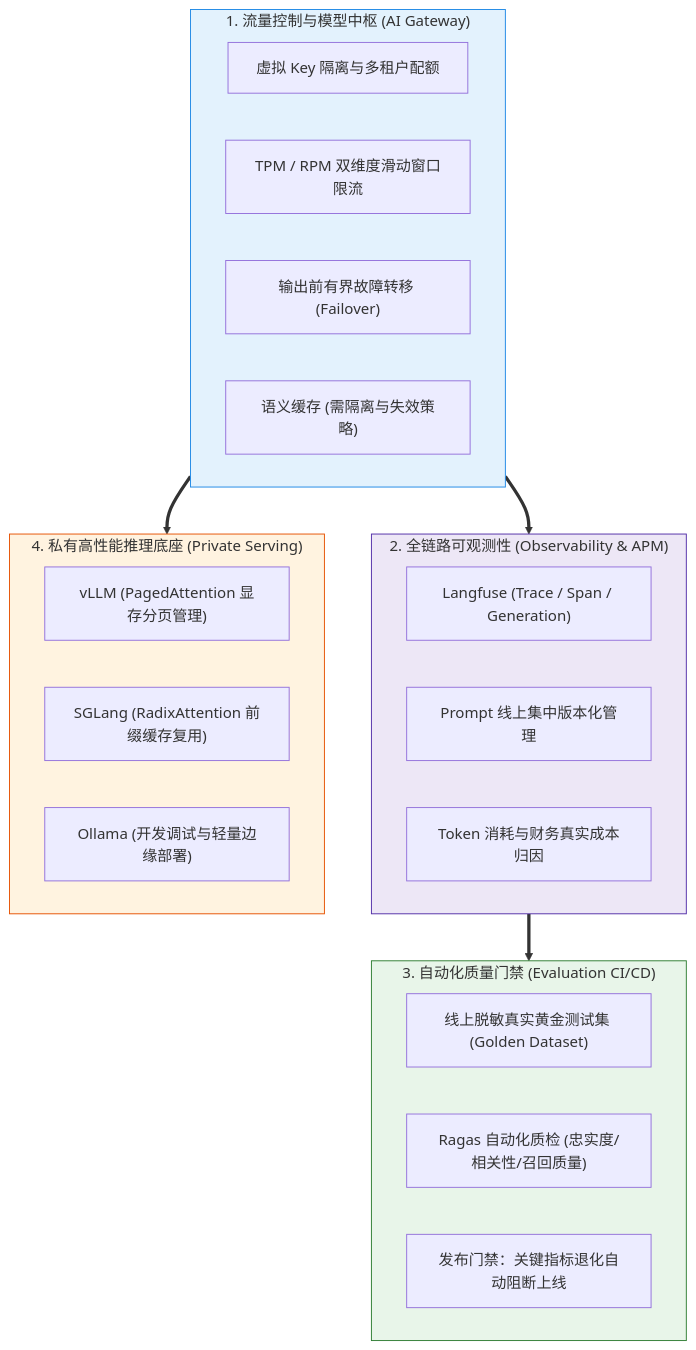
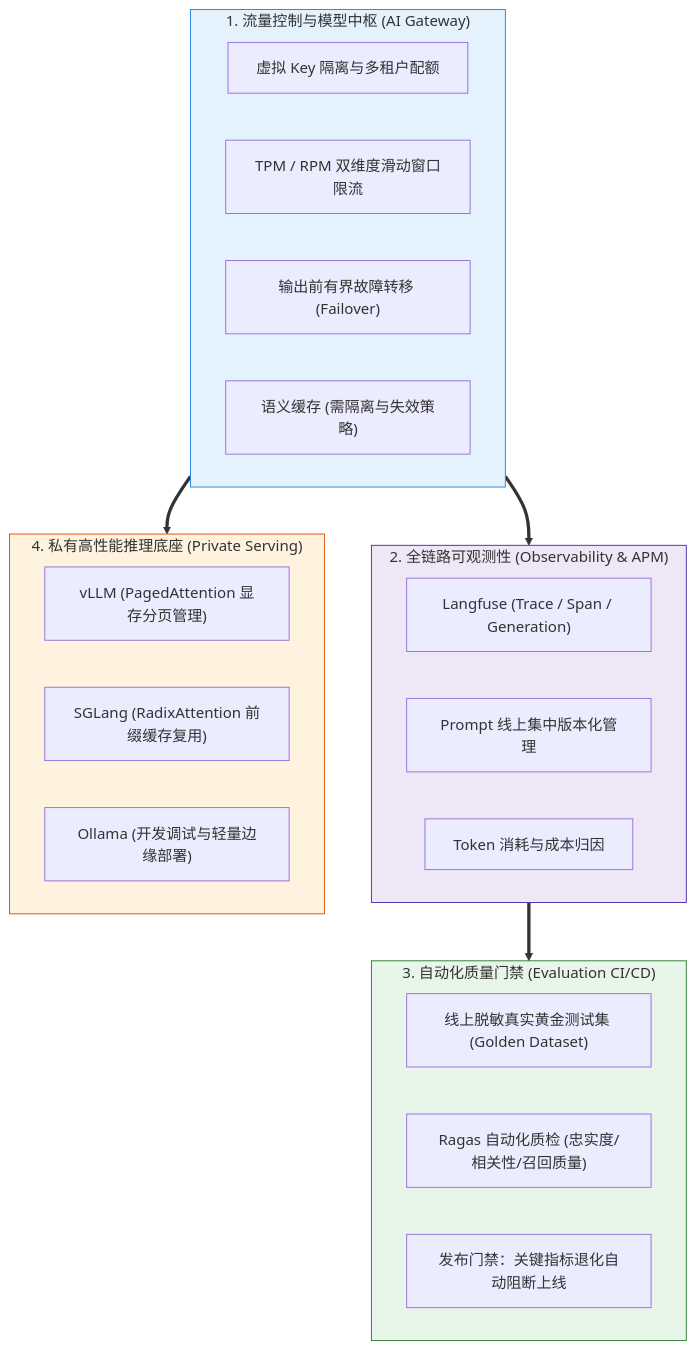
One commit to GuoWWWX/knowledge-base changed the diagram in 10-AI应用开发/06-平台与工程化/99-本章总结与复习.md. Above: the diagram before and after it, drawn with Mermaid. The commit also changed other lines of this file and 368 other files, not shown here.

````diff
--- a/10-AI应用开发/06-平台与工程化/99-本章总结与复习.md
+++ b/10-AI应用开发/06-平台与工程化/99-本章总结与复习.md
@@ -23,36 +23,36 @@
 ```mermaid
 graph TD
     subgraph S1["1. 流量控制与模型中枢 (AI Gateway)"]
         GW["虚拟 Key 隔离与多租户配额"]
         LIMIT["TPM / RPM 双维度滑动窗口限流"]
         FAILOVER["输出前有界故障转移 (Failover)"]
         CACHE["语义缓存 (需隔离与失效策略)"]
     end
 
     subgraph S2["2. 全链路可观测性 (Observability & APM)"]
         LANGFUSE["Langfuse (Trace / Span / Generation)"]
         PROMPT_MGR["Prompt 线上集中版本化管理"]
-        COST_TRACE["Token 消耗与财务真实成本归因"]
+        COST_TRACE["Token 消耗与成本归因"]
     end
 
     subgraph S3["3. 自动化质量门禁 (Evaluation CI/CD)"]
         DATASET["线上脱敏真实黄金测试集 (Golden Dataset)"]
         RAGAS["Ragas 自动化质检 (忠实度/相关性/召回质量)"]
         GATE["发布门禁：关键指标退化自动阻断上线"]
     end
 
     subgraph S4["4. 私有高性能推理底座 (Private Serving)"]
         VLLM["vLLM (PagedAttention 显存分页管理)"]
         SGLANG["SGLang (RadixAttention 前缀缓存复用)"]
         OLLAMA["Ollama (开发调试与轻量边缘部署)"]
     end
 
     S1 ==> S2
     S2 ==> S3
     S1 ==> S4
 
     style S1 fill:#e3f2fd,stroke:#1e88e5,stroke-width:1px
     style S2 fill:#ede7f6,stroke:#512da8,stroke-width:1px
     style S3 fill:#e8f5e9,stroke:#2e7d32,stroke-width:1px
     style S4 fill:#fff3e0,stroke:#e65100,stroke-width:1px
 ```
````
